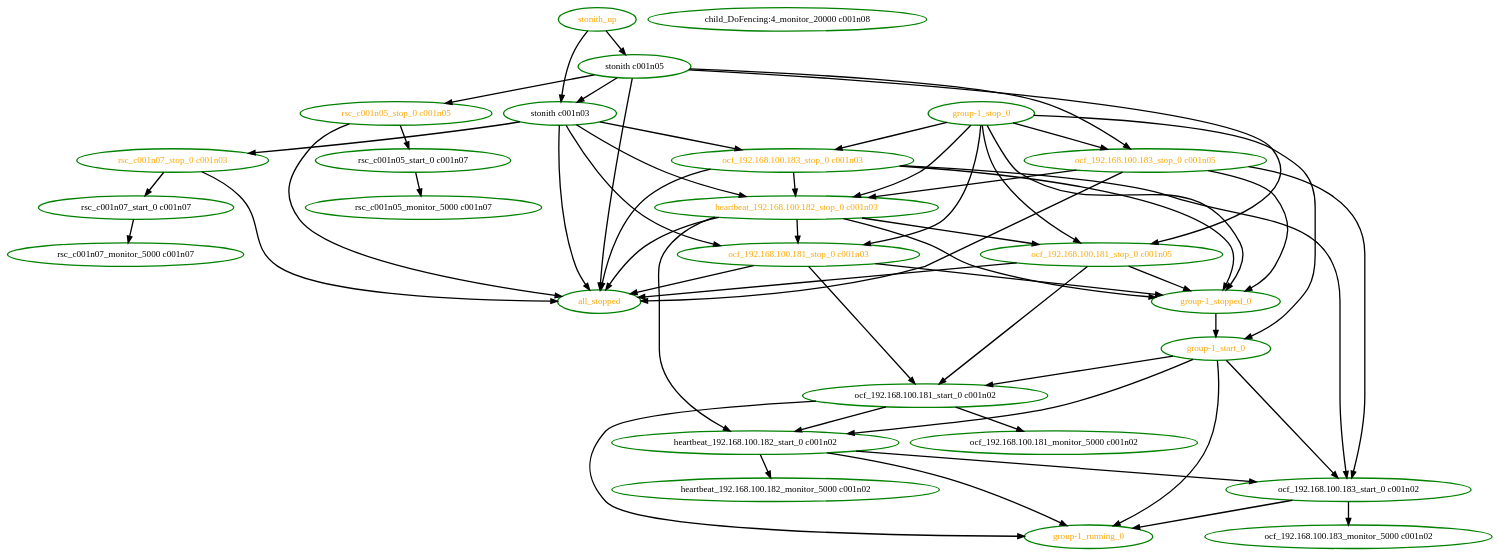
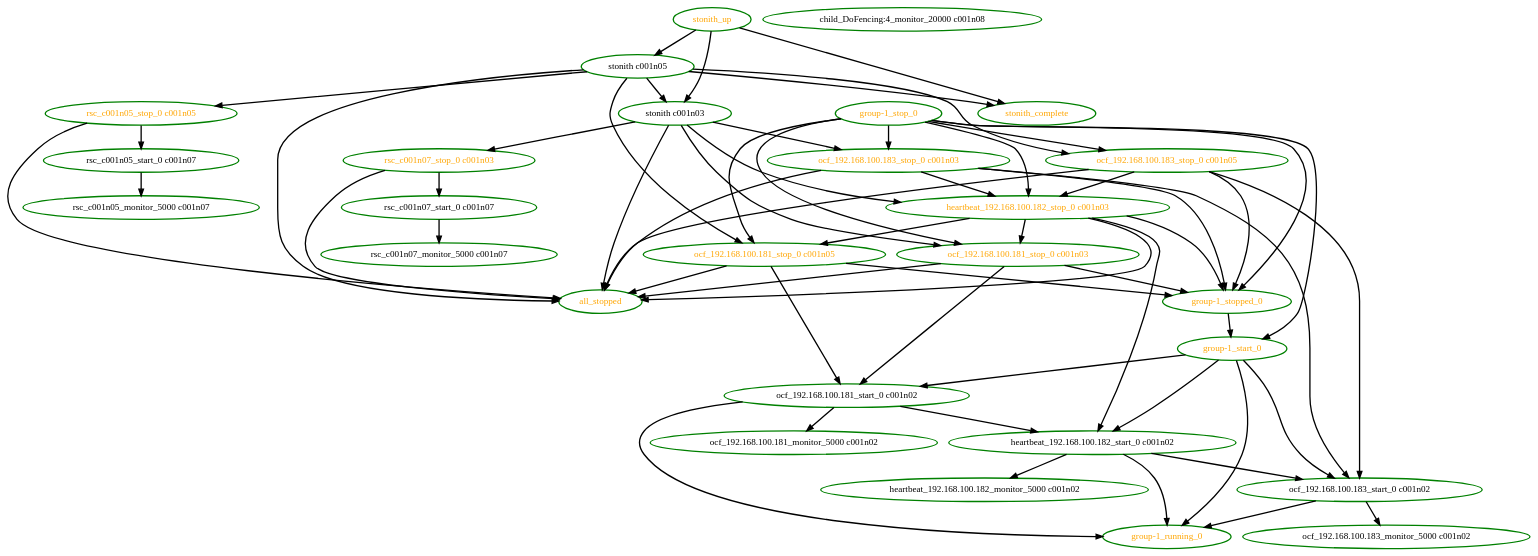
One commit to linux-ha-japan/pm_diskd changed the diagram in pengine/test10/stonith-0.dot. Above: the diagram before and after it, drawn with Graphviz. The commit also changed 83 other files, not shown here.

Commit message:
Low: PE: Create a stonith-complete pseudo action that actions can depend on

```diff
--- a/pengine/test10/stonith-0.dot
+++ b/pengine/test10/stonith-0.dot
@@ -1,85 +1,88 @@
  digraph "g" {
 "all_stopped" [ style=bold color="green" fontcolor="orange"  ]
 "child_DoFencing:4_monitor_20000 c001n08" [ style=bold color="green" fontcolor="black" ]
 "group-1_running_0" [ style=bold color="green" fontcolor="orange" ]
 "group-1_start_0" -> "group-1_running_0" [ style = bold]
 "group-1_start_0" -> "heartbeat_192.168.100.182_start_0 c001n02" [ style = bold]
 "group-1_start_0" -> "ocf_192.168.100.181_start_0 c001n02" [ style = bold]
 "group-1_start_0" -> "ocf_192.168.100.183_start_0 c001n02" [ style = bold]
 "group-1_start_0" [ style=bold color="green" fontcolor="orange" ]
 "group-1_stop_0" -> "group-1_start_0" [ style = bold]
 "group-1_stop_0" -> "group-1_stopped_0" [ style = bold]
 "group-1_stop_0" -> "heartbeat_192.168.100.182_stop_0 c001n03" [ style = bold]
 "group-1_stop_0" -> "ocf_192.168.100.181_stop_0 c001n03" [ style = bold]
 "group-1_stop_0" -> "ocf_192.168.100.181_stop_0 c001n05" [ style = bold]
 "group-1_stop_0" -> "ocf_192.168.100.183_stop_0 c001n03" [ style = bold]
 "group-1_stop_0" -> "ocf_192.168.100.183_stop_0 c001n05" [ style = bold]
 "group-1_stop_0" [ style=bold color="green" fontcolor="orange" ]
 "group-1_stopped_0" -> "group-1_start_0" [ style = bold]
 "group-1_stopped_0" [ style=bold color="green" fontcolor="orange" ]
 "heartbeat_192.168.100.182_monitor_5000 c001n02" [ style=bold color="green" fontcolor="black" ]
 "heartbeat_192.168.100.182_start_0 c001n02" -> "group-1_running_0" [ style = bold]
 "heartbeat_192.168.100.182_start_0 c001n02" -> "heartbeat_192.168.100.182_monitor_5000 c001n02" [ style = bold]
 "heartbeat_192.168.100.182_start_0 c001n02" -> "ocf_192.168.100.183_start_0 c001n02" [ style = bold]
 "heartbeat_192.168.100.182_start_0 c001n02" [ style=bold color="green" fontcolor="black" ]
 "heartbeat_192.168.100.182_stop_0 c001n03" -> "all_stopped" [ style = bold]
 "heartbeat_192.168.100.182_stop_0 c001n03" -> "group-1_stopped_0" [ style = bold]
 "heartbeat_192.168.100.182_stop_0 c001n03" -> "heartbeat_192.168.100.182_start_0 c001n02" [ style = bold]
 "heartbeat_192.168.100.182_stop_0 c001n03" -> "ocf_192.168.100.181_stop_0 c001n03" [ style = bold]
 "heartbeat_192.168.100.182_stop_0 c001n03" -> "ocf_192.168.100.181_stop_0 c001n05" [ style = bold]
 "heartbeat_192.168.100.182_stop_0 c001n03" [ style=bold color="green" fontcolor="orange"  ]
 "ocf_192.168.100.181_monitor_5000 c001n02" [ style=bold color="green" fontcolor="black" ]
 "ocf_192.168.100.181_start_0 c001n02" -> "group-1_running_0" [ style = bold]
 "ocf_192.168.100.181_start_0 c001n02" -> "heartbeat_192.168.100.182_start_0 c001n02" [ style = bold]
 "ocf_192.168.100.181_start_0 c001n02" -> "ocf_192.168.100.181_monitor_5000 c001n02" [ style = bold]
 "ocf_192.168.100.181_start_0 c001n02" [ style=bold color="green" fontcolor="black" ]
 "ocf_192.168.100.181_stop_0 c001n03" -> "all_stopped" [ style = bold]
 "ocf_192.168.100.181_stop_0 c001n03" -> "group-1_stopped_0" [ style = bold]
 "ocf_192.168.100.181_stop_0 c001n03" -> "ocf_192.168.100.181_start_0 c001n02" [ style = bold]
 "ocf_192.168.100.181_stop_0 c001n03" [ style=bold color="green" fontcolor="orange"  ]
 "ocf_192.168.100.181_stop_0 c001n05" -> "all_stopped" [ style = bold]
 "ocf_192.168.100.181_stop_0 c001n05" -> "group-1_stopped_0" [ style = bold]
 "ocf_192.168.100.181_stop_0 c001n05" -> "ocf_192.168.100.181_start_0 c001n02" [ style = bold]
 "ocf_192.168.100.181_stop_0 c001n05" [ style=bold color="green" fontcolor="orange"  ]
 "ocf_192.168.100.183_monitor_5000 c001n02" [ style=bold color="green" fontcolor="black" ]
 "ocf_192.168.100.183_start_0 c001n02" -> "group-1_running_0" [ style = bold]
 "ocf_192.168.100.183_start_0 c001n02" -> "ocf_192.168.100.183_monitor_5000 c001n02" [ style = bold]
 "ocf_192.168.100.183_start_0 c001n02" [ style=bold color="green" fontcolor="black" ]
 "ocf_192.168.100.183_stop_0 c001n03" -> "all_stopped" [ style = bold]
 "ocf_192.168.100.183_stop_0 c001n03" -> "group-1_stopped_0" [ style = bold]
 "ocf_192.168.100.183_stop_0 c001n03" -> "heartbeat_192.168.100.182_stop_0 c001n03" [ style = bold]
 "ocf_192.168.100.183_stop_0 c001n03" -> "ocf_192.168.100.183_start_0 c001n02" [ style = bold]
 "ocf_192.168.100.183_stop_0 c001n03" [ style=bold color="green" fontcolor="orange" ]
 "ocf_192.168.100.183_stop_0 c001n05" -> "all_stopped" [ style = bold]
 "ocf_192.168.100.183_stop_0 c001n05" -> "group-1_stopped_0" [ style = bold]
 "ocf_192.168.100.183_stop_0 c001n05" -> "heartbeat_192.168.100.182_stop_0 c001n03" [ style = bold]
 "ocf_192.168.100.183_stop_0 c001n05" -> "ocf_192.168.100.183_start_0 c001n02" [ style = bold]
 "ocf_192.168.100.183_stop_0 c001n05" [ style=bold color="green" fontcolor="orange" ]
 "rsc_c001n05_monitor_5000 c001n07" [ style=bold color="green" fontcolor="black" ]
 "rsc_c001n05_start_0 c001n07" -> "rsc_c001n05_monitor_5000 c001n07" [ style = bold]
 "rsc_c001n05_start_0 c001n07" [ style=bold color="green" fontcolor="black" ]
 "rsc_c001n05_stop_0 c001n05" -> "all_stopped" [ style = bold]
 "rsc_c001n05_stop_0 c001n05" -> "rsc_c001n05_start_0 c001n07" [ style = bold]
 "rsc_c001n05_stop_0 c001n05" [ style=bold color="green" fontcolor="orange" ]
 "rsc_c001n07_monitor_5000 c001n07" [ style=bold color="green" fontcolor="black" ]
 "rsc_c001n07_start_0 c001n07" -> "rsc_c001n07_monitor_5000 c001n07" [ style = bold]
 "rsc_c001n07_start_0 c001n07" [ style=bold color="green" fontcolor="black" ]
 "rsc_c001n07_stop_0 c001n03" -> "all_stopped" [ style = bold]
 "rsc_c001n07_stop_0 c001n03" -> "rsc_c001n07_start_0 c001n07" [ style = bold]
 "rsc_c001n07_stop_0 c001n03" [ style=bold color="green" fontcolor="orange" ]
 "stonith c001n03" -> "all_stopped" [ style = bold]
 "stonith c001n03" -> "heartbeat_192.168.100.182_stop_0 c001n03" [ style = bold]
 "stonith c001n03" -> "ocf_192.168.100.181_stop_0 c001n03" [ style = bold]
 "stonith c001n03" -> "ocf_192.168.100.183_stop_0 c001n03" [ style = bold]
 "stonith c001n03" -> "rsc_c001n07_stop_0 c001n03" [ style = bold]
 "stonith c001n03" [ style=bold color="green" fontcolor="black" ]
 "stonith c001n05" -> "all_stopped" [ style = bold]
 "stonith c001n05" -> "ocf_192.168.100.181_stop_0 c001n05" [ style = bold]
 "stonith c001n05" -> "ocf_192.168.100.183_stop_0 c001n05" [ style = bold]
 "stonith c001n05" -> "rsc_c001n05_stop_0 c001n05" [ style = bold]
 "stonith c001n05" -> "stonith c001n03" [ style = bold]
+"stonith c001n05" -> "stonith_complete" [ style = bold]
 "stonith c001n05" [ style=bold color="green" fontcolor="black" ]
+"stonith_complete" [ style=bold color="green" fontcolor="orange"  ]
 "stonith_up" -> "stonith c001n03" [ style = bold]
 "stonith_up" -> "stonith c001n05" [ style = bold]
+"stonith_up" -> "stonith_complete" [ style = bold]
 "stonith_up" [ style=bold color="green" fontcolor="orange"  ]
 }
```
